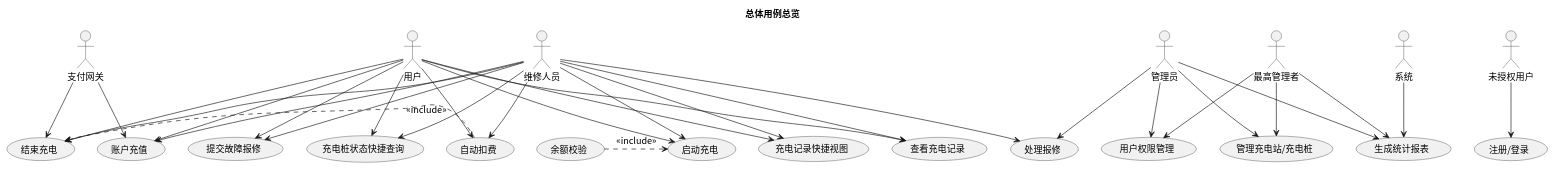
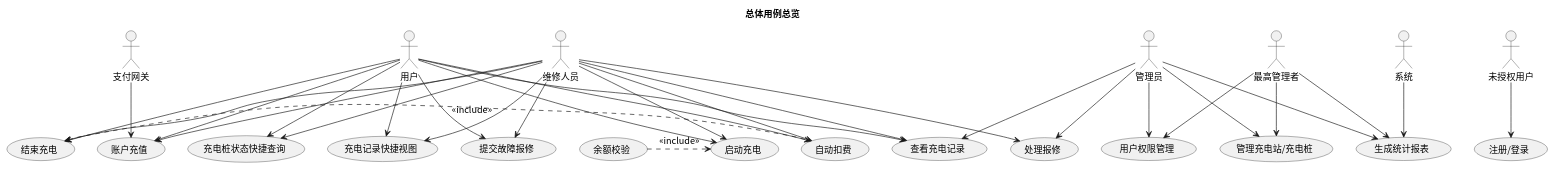
The diagram in usecase/docs/overview/src/usecase_overall.puml (greenhandzdl/charging-station-doc), drawn with PlantUML before and after one commit. The commit also changed 24 other files, not shown here.

```diff
--- a/usecase/docs/overview/src/usecase_overall.puml
+++ b/usecase/docs/overview/src/usecase_overall.puml
@@ -1,65 +1,65 @@
 @startuml
 skinparam defaultFontName "Noto Sans CJK SC"
 skinparam defaultFontSize 14
 title 总体用例总览
 skinparam useCaseShape rectangle
 
 actor "未授权用户" as G
 actor "用户" as U
 actor "维修人员" as M
 actor "管理员" as A
 actor "最高管理者" as SA
 actor "支付网关" as P
 actor "系统" as S
 
 usecase "注册/登录" as UC
 usecase "账户充值" as RA
 usecase "启动充电" as SC
 usecase "余额校验" as BAL
 usecase "结束充电" as EC
 usecase "自动扣费" as AD
 usecase "查看充电记录" as VCR
 usecase "提交故障报修" as SRT
 usecase "管理充电站/充电桩" as MM
 usecase "用户权限管理" as PM
 usecase "处理报修" as HR
 usecase "生成统计报表" as GS
 usecase "充电记录快捷视图" as QV
 usecase "充电桩状态快捷查询" as QC
 
 G --> UC
 
 U --> RA
 U --> SC
 U --> EC
 U --> AD
 U --> VCR
 U --> SRT
 U --> QV
 U --> QC
 
 M --> RA
 M --> SC
 M --> EC
 M --> AD
 M --> VCR
 M --> SRT
 M --> HR
 M --> QV
 M --> QC
 
 A --> MM
 A --> PM
+A --> VCR
 A --> HR
 A --> GS
 SA --> MM
 SA --> PM
 SA --> GS
 
 P --> RA
-P --> EC
 S --> GS
 
 SC <.left. BAL : <<include>>
 EC <.right. AD : <<include>>
 @enduml
```
